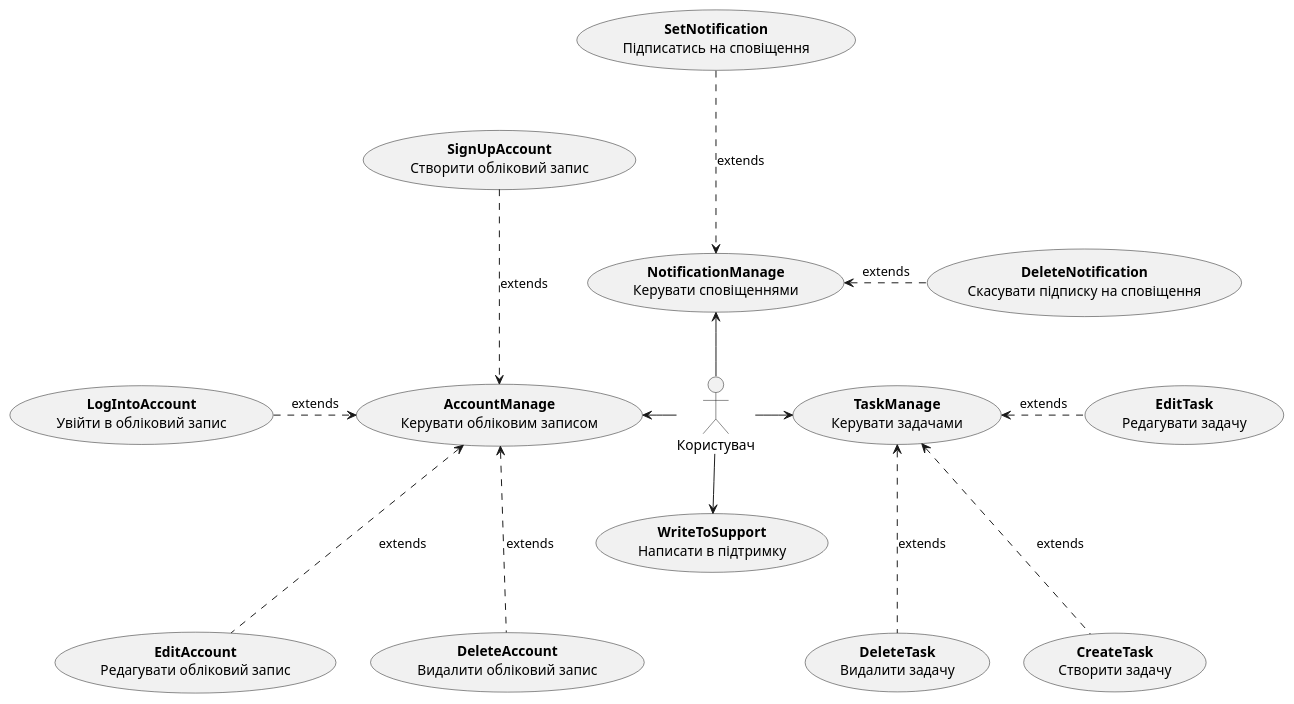
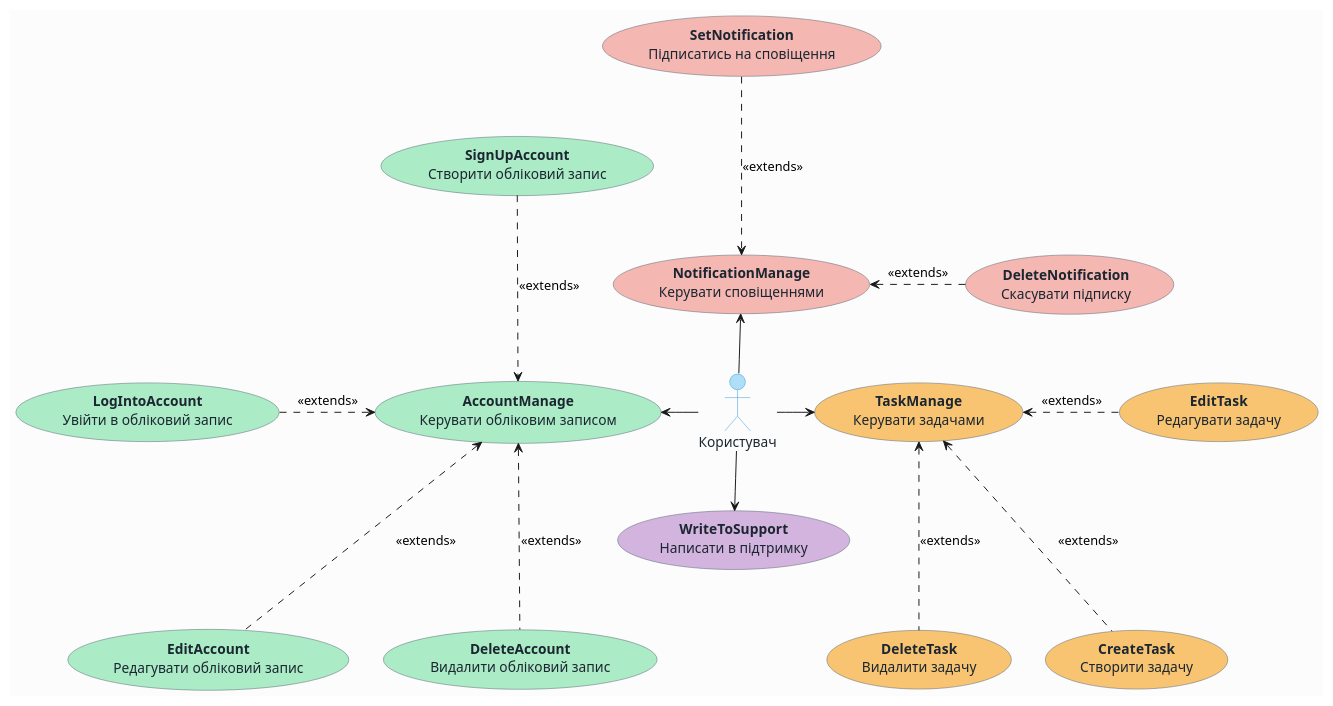
One commit to young-creator-ftf/edu_db_labs changed the second of 29 diagrams in docs/use cases/README.md. Above: the diagram before and after it, drawn with PlantUML. The commit also changed other lines of this file, not shown here.

```diff
--- a/docs/use cases/README.md
+++ b/docs/use cases/README.md
@@ -65,38 +83,61 @@
 @startuml
+' === Загальні налаштування стилю ===
+skinparam backgroundColor #FCFCFC
+skinparam RoundCorner 12
+skinparam shadowing false
+
+' === Стиль для акторів ===
+skinparam actor {
+  BackgroundColor #AEDFF7
+  BorderColor #3498DB
+  FontColor #1B2631
+}
+
+' === Стиль для use case-ів ===
+skinparam usecase {
+  BorderColor #566573
+  FontColor #1B2631
+}
+
+' === Актор ===
 actor "Користувач" as User
 
-usecase "<b>AccountManage</b>\nКерувати обліковим записом" as AccountManage
-usecase "<b>NotificationManage</b>\nКерувати сповіщеннями" as NotificationManage
-usecase "<b>TaskManage</b>\nКерувати задачами" as TaskManage
-usecase "<b>WriteToSupport</b>\nНаписати в підтримку" as WriteToSupport
+' === Керування обліковим записом (зелений) ===
+usecase "<b>AccountManage</b>\nКерувати обліковим записом"           as AccountManage #ABEBC6
+usecase "<b>SignUpAccount</b>\nСтворити обліковий запис"            as SignUpAccount #ABEBC6
+usecase "<b>LogIntoAccount</b>\nУвійти в обліковий запис"          as LogIntoAccount #ABEBC6
+usecase "<b>EditAccount</b>\nРедагувати обліковий запис"          as EditAccount #ABEBC6
+usecase "<b>DeleteAccount</b>\nВидалити обліковий запис"          as DeleteAccount #ABEBC6
 
 User -l-> AccountManage
+SignUpAccount   ..d.> AccountManage :<<extends>>
+LogIntoAccount  ..r.> AccountManage :<<extends>>
+EditAccount     ..u.> AccountManage :<<extends>>
+DeleteAccount   ..u.> AccountManage :<<extends>>
+
+' === Сповіщення (рожевий) ===
+usecase "<b>NotificationManage</b>\nКерувати сповіщеннями"         as NotificationManage #F5B7B1
+usecase "<b>SetNotification</b>\nПідписатись на сповіщення"        as SetNotification #F5B7B1
+usecase "<b>DeleteNotification</b>\nСкасувати підписку"           as DeleteNotification #F5B7B1
+
 User -u-> NotificationManage
+SetNotification    ..d.> NotificationManage :<<extends>>
+DeleteNotification ..l.> NotificationManage :<<extends>>
+
+' === Завдання (помаранчевий) ===
+usecase "<b>TaskManage</b>\nКерувати задачами"                     as TaskManage #F8C471
+usecase "<b>CreateTask</b>\nСтворити задачу"                      as CreateTask #F8C471
+usecase "<b>EditTask</b>\nРедагувати задачу"                      as EditTask #F8C471
+usecase "<b>DeleteTask</b>\nВидалити задачу"                      as DeleteTask #F8C471
+
 User -r-> TaskManage
+CreateTask   ..u.> TaskManage :<<extends>>
+EditTask     ..l.> TaskManage :<<extends>>
+DeleteTask   ..u.> TaskManage :<<extends>>
+
+' === Підтримка (фіолетовий) ===
+usecase "<b>WriteToSupport</b>\nНаписати в підтримку"              as WriteToSupport #D2B4DE
+
 User -d-> WriteToSupport
 
-usecase "<b>SignUpAccount</b>\nСтворити обліковий запис" as SignUpAccount
-usecase "<b>LogIntoAccount</b>\nУвійти в обліковий запис" as LogIntoAccount
-usecase "<b>EditAccount</b>\nРедагувати обліковий запис" as EditAccount
-usecase "<b>DeleteAccount</b>\nВидалити обліковий запис" as DeleteAccount
-
-SignUpAccount ..d.> AccountManage :extends
-LogIntoAccount ..r.> AccountManage :extends
-EditAccount ..u.> AccountManage :extends
-DeleteAccount ..u.> AccountManage :extends
-
-usecase "<b>SetNotification</b>\nПідписатись на сповіщення" as SetNotification
-usecase "<b>DeleteNotification</b>\nСкасувати підписку на сповіщення" as DeleteNotification
-
-SetNotification ..d.> NotificationManage :extends
-DeleteNotification ..l.> NotificationManage :extends
-
-usecase "<b>CreateTask</b>\nСтворити задачу" as CreateTask
-usecase "<b>EditTask</b>\nРедагувати задачу" as EditTask
-usecase "<b>DeleteTask</b>\nВидалити задачу" as DeleteTask
-
-CreateTask ..u.> TaskManage :extends
-EditTask ..l.> TaskManage :extends
-DeleteTask ..u.> TaskManage :extends
-
 @enduml
```
